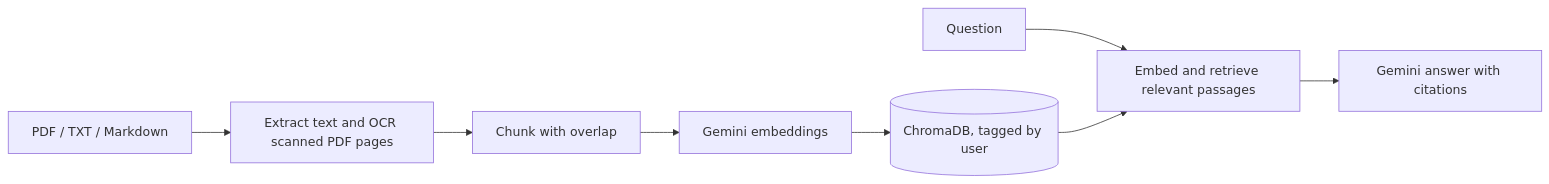
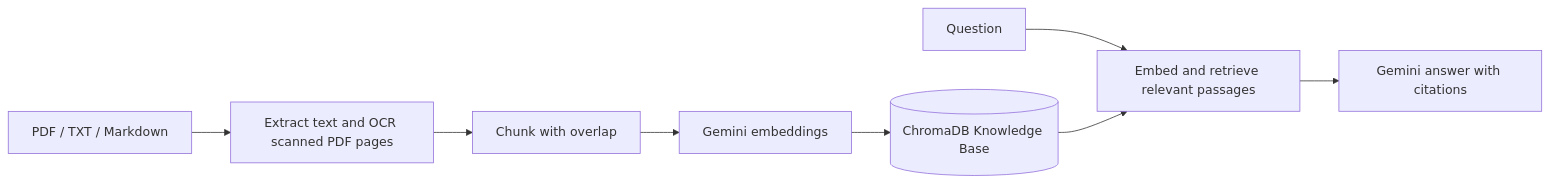
Before and after one commit to subornoroychowdhury7-afk/rag_app: the diagram in README.md, drawn with Mermaid. The commit also changed other lines of this file and 12 other files, not shown here.

````diff
--- a/README.md
+++ b/README.md
@@ -22,10 +22,10 @@
 ```mermaid
 flowchart LR
   A[PDF / TXT / Markdown] --> B[Extract text and OCR scanned PDF pages]
   B --> C[Chunk with overlap]
   C --> D[Gemini embeddings]
-  D --> E[(ChromaDB, tagged by user)]
+  D --> E[(ChromaDB Knowledge Base)]
   Q[Question] --> R[Embed and retrieve relevant passages]
   E --> R
   R --> G[Gemini answer with citations]
 ```
````
